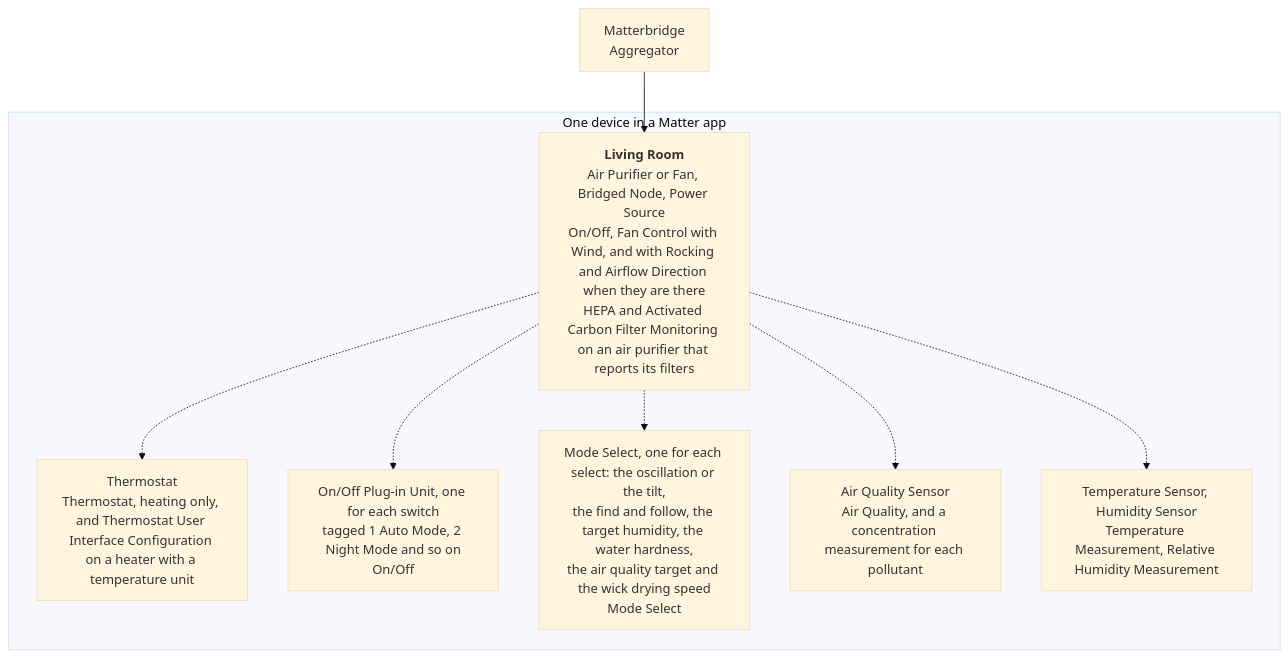
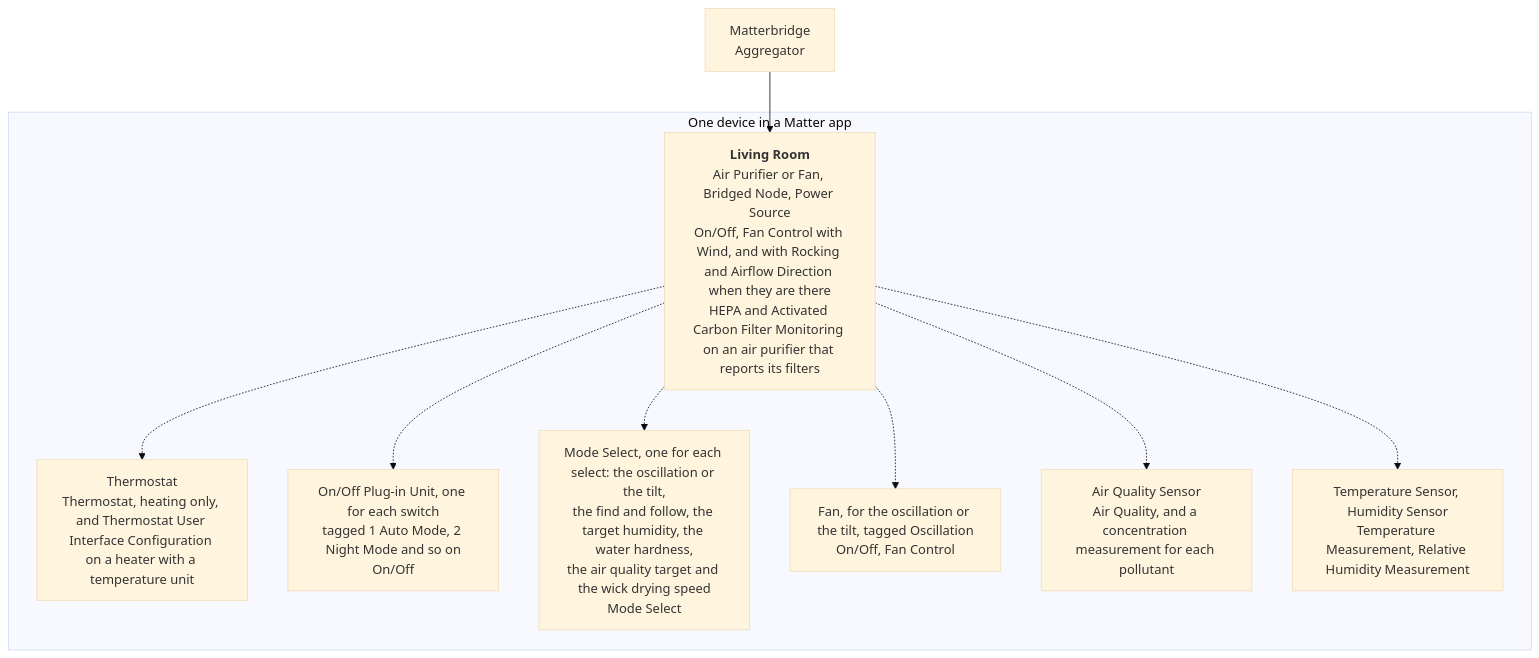
One commit to cheziyi/matterbridge-dyson-care changed the diagram in README.md. Above: the diagram before and after it, drawn with Mermaid (base theme). The commit also changed other lines of this file and 17 other files, not shown here.

First line of the commit message:
Add a fan for the oscillation, with its angles as the speeds (#6)

````diff
--- a/README.md
+++ b/README.md
@@ -122,18 +122,20 @@
 ```mermaid
 flowchart TD
     bridge["Matterbridge<br/>Aggregator"]
     subgraph device["One device in a Matter app"]
         main["<b>Living Room</b><br/>Air Purifier or Fan, Bridged Node, Power Source<br/>On/Off, Fan Control with Wind, and with Rocking and Airflow Direction when they are there<br/>HEPA and Activated Carbon Filter Monitoring on an air purifier that reports its filters"]
         thermostat["Thermostat<br/>Thermostat, heating only, and Thermostat User Interface Configuration on a heater with a temperature unit"]
         switches["On/Off Plug-in Unit, one for each switch<br/>tagged 1 Auto Mode, 2 Night Mode and so on<br/>On/Off"]
         selects["Mode Select, one for each select: the oscillation or the tilt,<br/>the find and follow, the target humidity, the water hardness,<br/>the air quality target and the wick drying speed<br/>Mode Select"]
+        oscillation["Fan, for the oscillation or the tilt, tagged Oscillation<br/>On/Off, Fan Control"]
         air["Air Quality Sensor<br/>Air Quality, and a concentration measurement for each pollutant"]
         sensors["Temperature Sensor, Humidity Sensor<br/>Temperature Measurement, Relative Humidity Measurement"]
     end
     bridge --> main
     main -.-> thermostat
     main -.-> switches
     main -.-> selects
+    main -.-> oscillation
     main -.-> air
     main -.-> sensors
 ```
````
